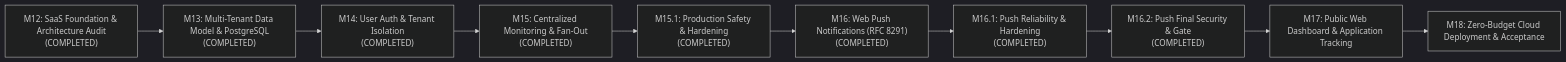
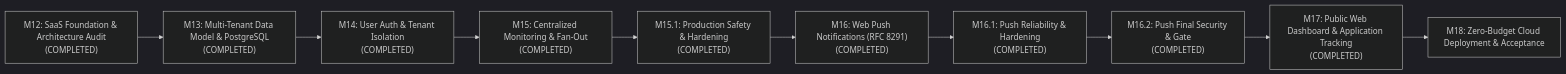
One commit to aadesh-2006/HawkOffer changed the diagram in docs/SAAS_ROADMAP.md. Above: the diagram before and after it, drawn with Mermaid (dark theme). The commit also changed other lines of this file and 21 other files, not shown here.

Commit message:
feat(dashboard): M17 public SaaS dashboard, authentication, application tracking, and push onboarding

````diff
--- a/docs/SAAS_ROADMAP.md
+++ b/docs/SAAS_ROADMAP.md
@@ -12,12 +12,12 @@
 ```mermaid
 flowchart LR
     M12["M12: SaaS Foundation & Architecture Audit<br/>(COMPLETED)"] --> M13["M13: Multi-Tenant Data Model & PostgreSQL<br/>(COMPLETED)"]
     M13 --> M14["M14: User Auth & Tenant Isolation<br/>(COMPLETED)"]
     M14 --> M15["M15: Centralized Monitoring & Fan-Out<br/>(COMPLETED)"]
     M15 --> M15_1["M15.1: Production Safety & Hardening<br/>(COMPLETED)"]
     M15_1 --> M16["M16: Web Push Notifications (RFC 8291)<br/>(COMPLETED)"]
     M16 --> M16_1["M16.1: Push Reliability & Hardening<br/>(COMPLETED)"]
     M16_1 --> M16_2["M16.2: Push Final Security & Gate<br/>(COMPLETED)"]
-    M16_2 --> M17["M17: Public Web Dashboard & Application Tracking"]
+    M16_2 --> M17["M17: Public Web Dashboard & Application Tracking<br/>(COMPLETED)"]
     M17 --> M18["M18: Zero-Budget Cloud Deployment & Acceptance"]
 ```
````
